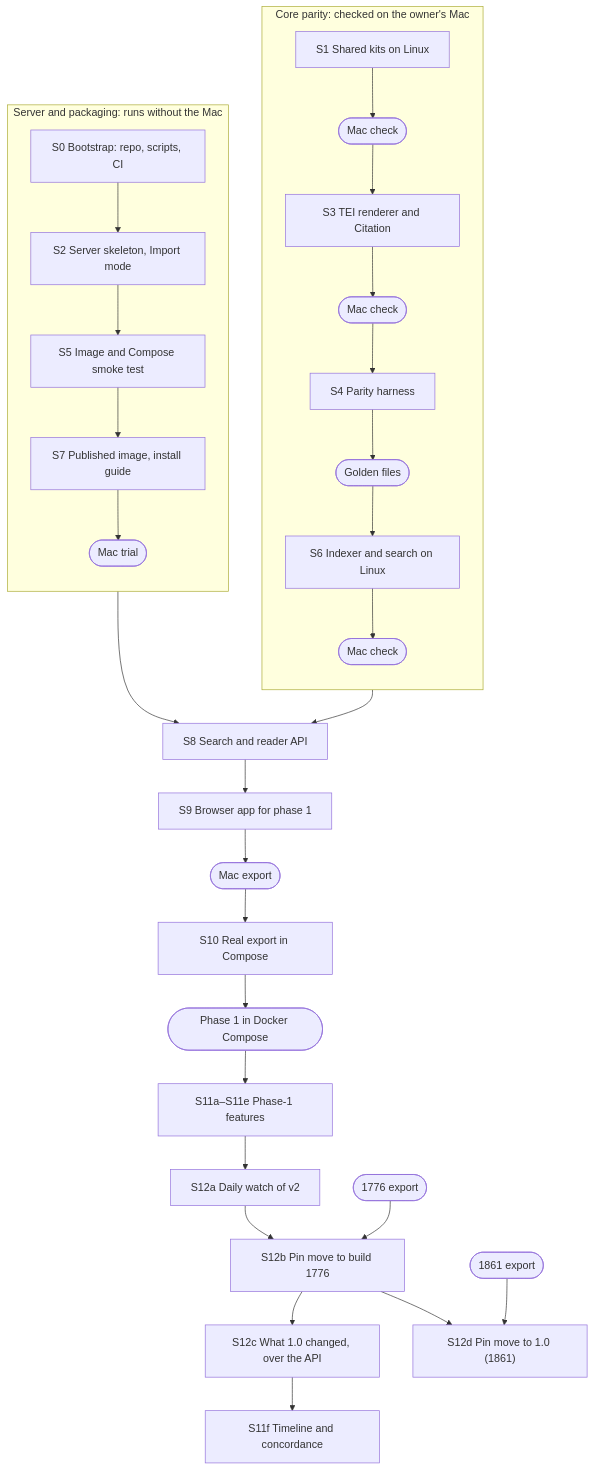
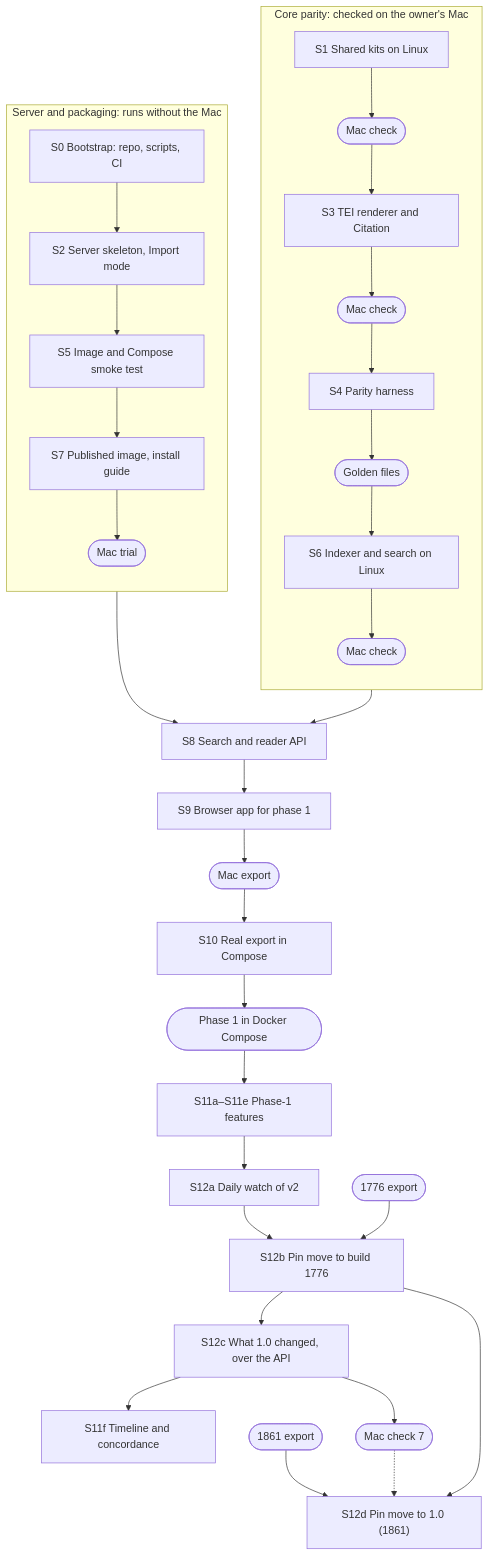
The diagram in docs/PLAN.md (joshbotts/FRUS-Explorer-Web-App), drawn with Mermaid before and after one commit. The commit also changed other lines of this file and 6 other files, not shown here.

````diff
--- a/docs/PLAN.md
+++ b/docs/PLAN.md
@@ -121,18 +121,19 @@
 ```mermaid
 flowchart TB
   subgraph core["Core parity: checked on the owner's Mac"]
     direction TB
     S1["S1 Shared kits on Linux"] --> G1(["Mac check"]) --> S3["S3 TEI renderer and Citation"] --> G2(["Mac check"]) --> S4["S4 Parity harness"] --> G3(["Golden files"]) --> S6["S6 Indexer and search on Linux"] --> G4(["Mac check"])
   end
   subgraph server["Server and packaging: runs without the Mac"]
     direction TB
     S0["S0 Bootstrap: repo, scripts, CI"] --> S2["S2 Server skeleton, Import mode"] --> S5["S5 Image and Compose smoke test"] --> S7["S7 Published image, install guide"] --> G5(["Mac trial"])
   end
   G4 --> S8["S8 Search and reader API"]
   G5 --> S8
   S8 --> S9["S9 Browser app for phase 1"] --> G6(["Mac export"]) --> S10["S10 Real export in Compose"] --> M(["Phase 1 in Docker Compose"])
   M --> S11["S11a–S11e Phase-1 features"] --> S12a["S12a Daily watch of v2"] --> S12b["S12b Pin move to build 1776"] --> S12c["S12c What 1.0 changed, over the API"] --> S11f["S11f Timeline and concordance"]
   G7(["1776 export"]) --> S12b
   S12b --> S12d["S12d Pin move to 1.0 (1861)"]
   G8(["1861 export"]) --> S12d
+  S12c --> G9(["Mac check 7"]) -.-> S12d
 ```
````
